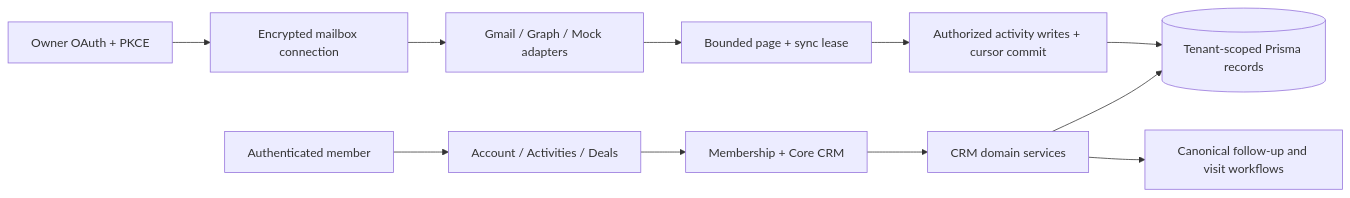
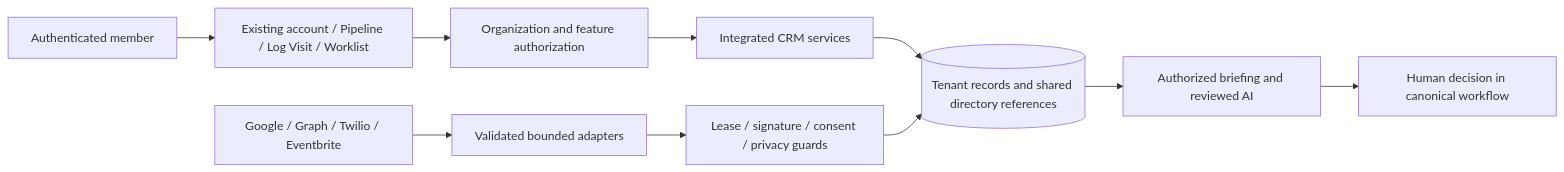
Before and after one commit to echospirits/neat-tst: the diagram in docs/architecture/system-overview.md, drawn with Mermaid. The commit also changed other lines of this file and 173 other files, not shown here.

Commit message:
Integrate extended CRM capabilities into canonical account workflows

````diff
--- a/docs/architecture/system-overview.md
+++ b/docs/architecture/system-overview.md
@@ -22,13 +22,12 @@
 ```mermaid
 flowchart LR
-  Rep[Authenticated member] --> UI[Account / Activities / Deals]
-  UI --> Auth[Membership + Core CRM]
-  Auth --> Domain[CRM domain services]
-  Domain --> DB[(Tenant-scoped Prisma records)]
-  OAuth[Owner OAuth + PKCE] --> Tokens[Encrypted mailbox connection]
-  Tokens --> Adapters[Gmail / Graph / Mock adapters]
-  Adapters --> Lease[Bounded page + sync lease]
-  Lease --> Transaction[Authorized activity writes + cursor commit]
-  Transaction --> DB
-  Domain --> Worklist[Canonical follow-up and visit workflows]
+  Rep[Authenticated member] --> UI[Existing account / Pipeline / Log Visit / Worklist]
+  UI --> Auth[Organization and feature authorization]
+  Auth --> Domain[Integrated CRM services]
+  Domain --> DB[(Tenant records and shared directory references)]
+  Providers[Google / Graph / Twilio / Eventbrite] --> Adapters[Validated bounded adapters]
+  Adapters --> Gate[Lease / signature / consent / privacy guards]
+  Gate --> DB
+  DB --> Review[Authorized briefing and reviewed AI]
+  Review --> Human[Human decision in canonical workflow]
 ```
````
